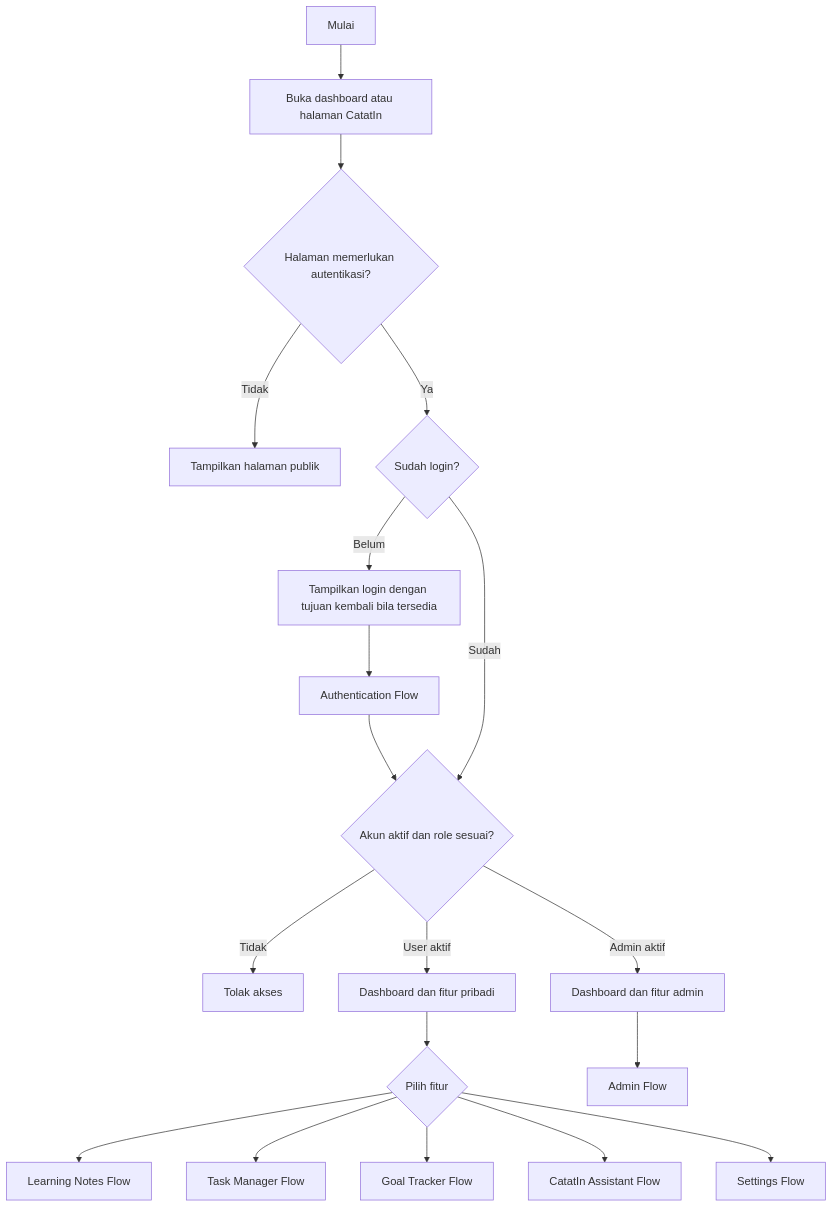
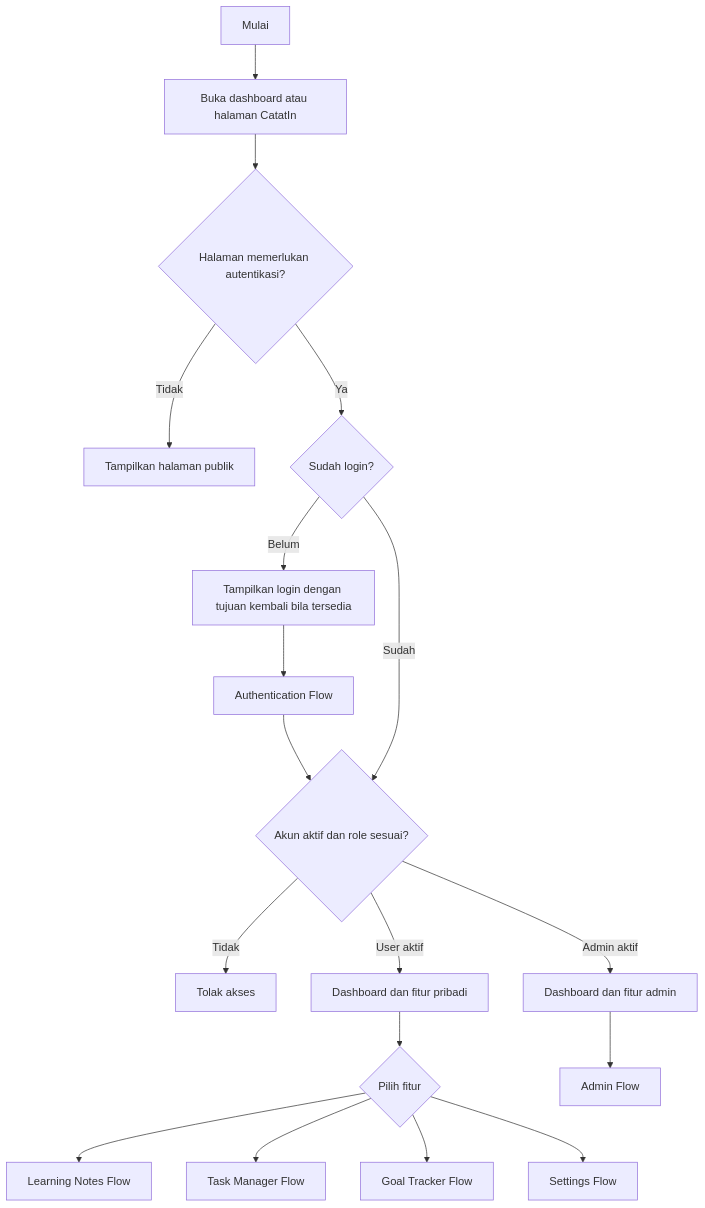
Before and after one commit to bgazz442/CatatIN: the first of 7 diagrams in dokumentasi/flowchart.md, drawn with Mermaid. The commit also changed other lines of this file and 42 other files, not shown here.

````diff
--- a/dokumentasi/flowchart.md
+++ b/dokumentasi/flowchart.md
@@ -20,21 +19,20 @@
 ```mermaid
 flowchart TD
     A["Mulai"] --> B["Buka dashboard atau halaman CatatIn"]
     B --> C{"Halaman memerlukan autentikasi?"}
     C -->|"Tidak"| D["Tampilkan halaman publik"]
     C -->|"Ya"| E{"Sudah login?"}
     E -->|"Belum"| F["Tampilkan login dengan tujuan kembali bila tersedia"]
     F --> G["Authentication Flow"]
     G --> H{"Akun aktif dan role sesuai?"}
     E -->|"Sudah"| H
     H -->|"Tidak"| I["Tolak akses"]
     H -->|"User aktif"| J["Dashboard dan fitur pribadi"]
     H -->|"Admin aktif"| K["Dashboard dan fitur admin"]
     J --> L{"Pilih fitur"}
     L --> M["Learning Notes Flow"]
     L --> N["Task Manager Flow"]
     L --> O["Goal Tracker Flow"]
-    L --> P["CatatIn Assistant Flow"]
-    L --> Q["Settings Flow"]
+    L --> P["Settings Flow"]
     K --> R["Admin Flow"]
 ```
````
